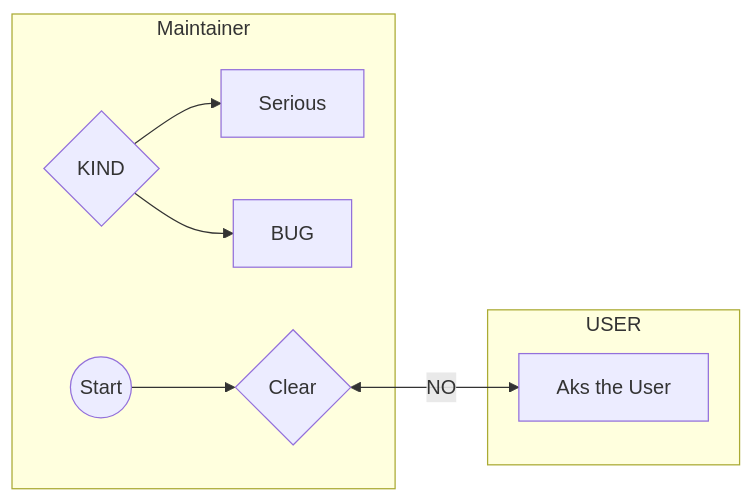
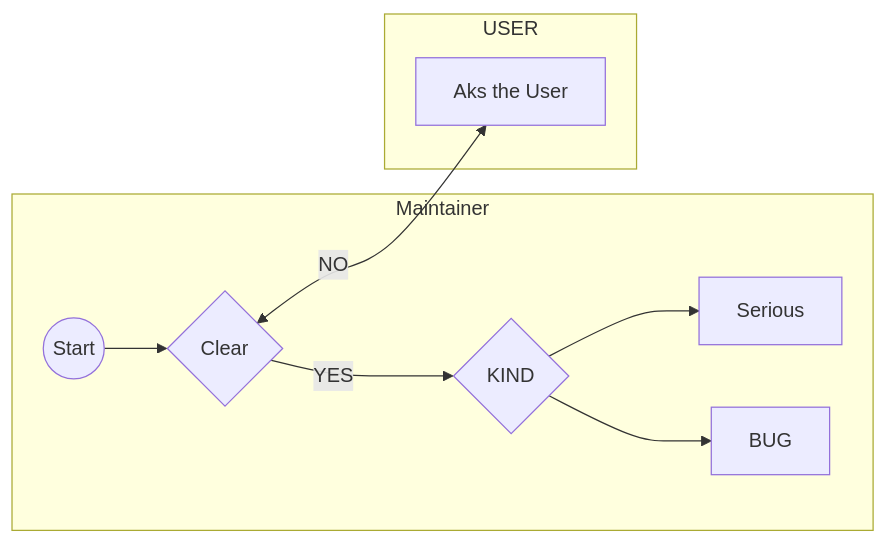
The diagram in docs/workflow_bug.md (GFGMNET/Workspace), drawn with Mermaid before and after one commit.

````diff
--- a/docs/workflow_bug.md
+++ b/docs/workflow_bug.md
@@ -1,21 +1,22 @@
 ```mermaid
 flowchart LR
  subgraph Maintainer
   STA@{ shape: circle, label: "Start" }
   DEA[Serious]
   BUG[BUG]
   CLE{Clear}
   KIN{KIND}
  end
  subgraph USER
   COM[Aks the User]
  end
  
  STA --> CLE
  CLE <--> |NO|COM 
+ CLE --> |YES|KIN
  KIN --> DEA
  KIN --> BUG
  
 
  
 ```
````
